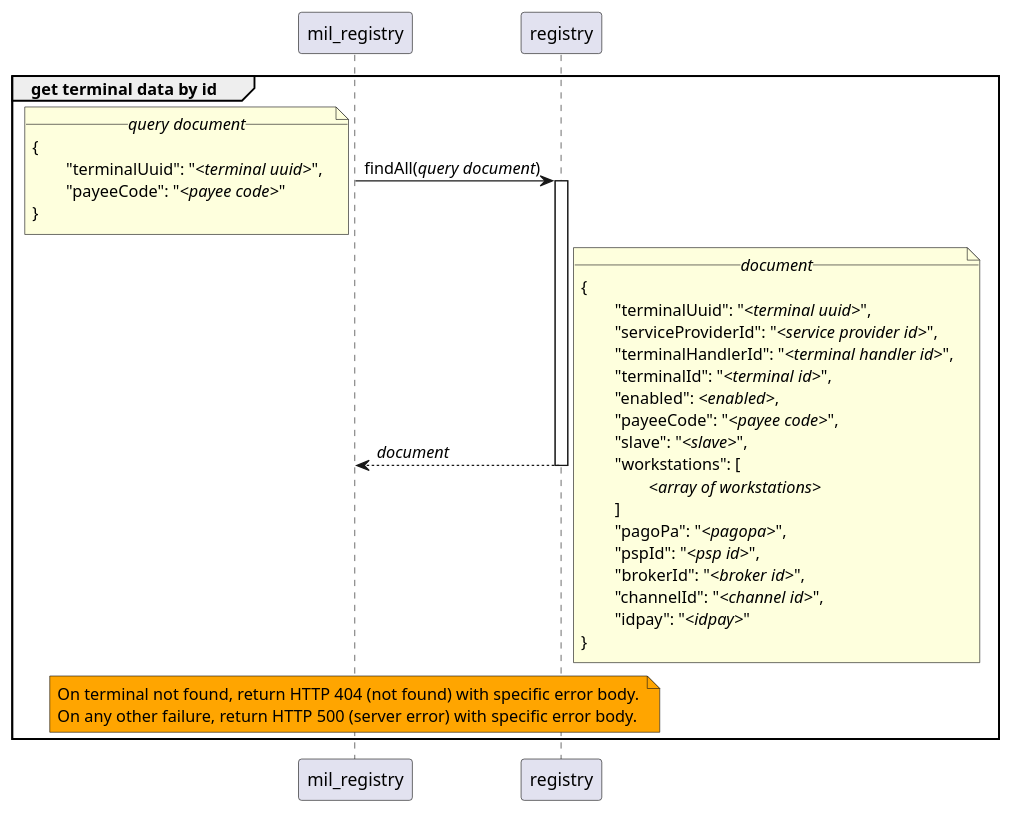
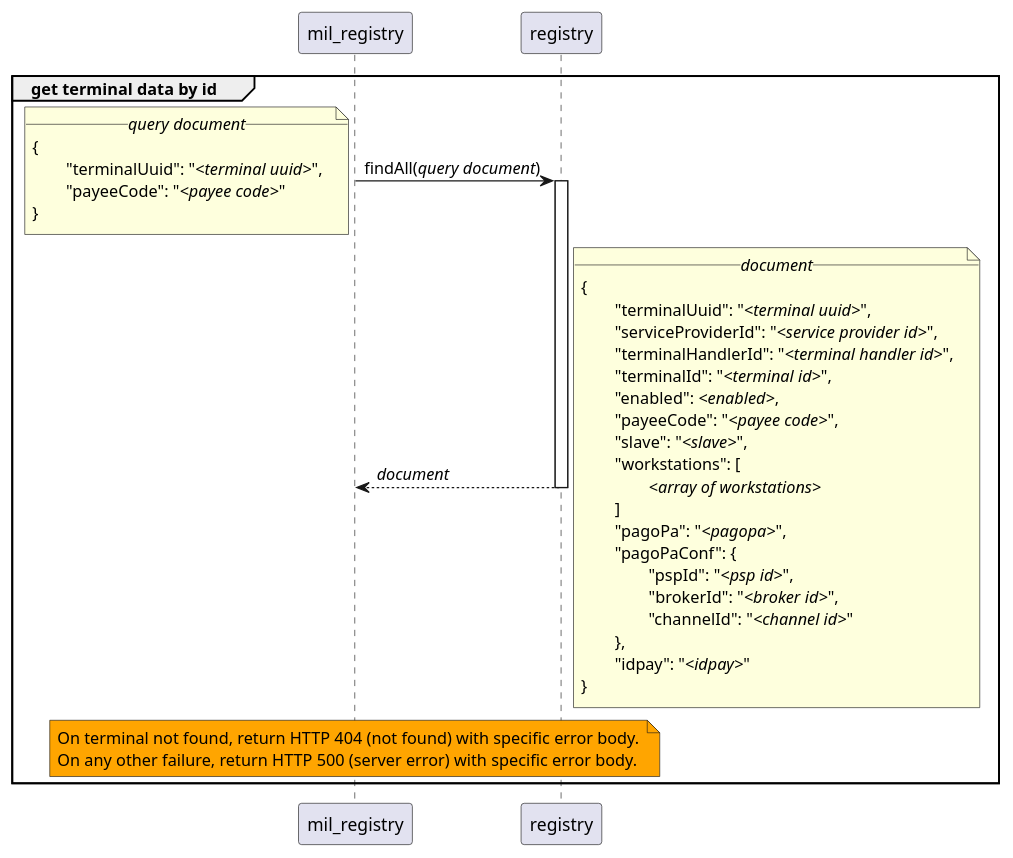
The diagram in sequence_diags/pagoPA/pos_management/get_terminal_data_by_id_for_pa.puml (pagopa/mil-diags), drawn with PlantUML before and after one commit. The commit also changed 19 other files, not shown here.

```diff
--- a/sequence_diags/pagoPA/pos_management/get_terminal_data_by_id_for_pa.puml
+++ b/sequence_diags/pagoPA/pos_management/get_terminal_data_by_id_for_pa.puml
@@ -1,37 +1,39 @@
 group get terminal data by id
 	mil_registry -> registry ++ : findAll(//query document//)
 		note left
 			__//query document//__
 			{
 				"terminalUuid": "//<terminal uuid>//",
 				"payeeCode": "//<payee code>//"
 			}
 		end note
 
 	registry --> mil_registry -- : //document//
 		note right
 			__//document//__
 			{
 				"terminalUuid": "//<terminal uuid>//",
 				"serviceProviderId": "//<service provider id>//",
 				"terminalHandlerId": "//<terminal handler id>//",
 				"terminalId": "//<terminal id>//",
 				"enabled": //<enabled>//,
 				"payeeCode": "//<payee code>//",
 				"slave": "//<slave>//",
 				"workstations": [
 					//<array of workstations>//
 				]
 				"pagoPa": "//<pagopa>//",
-				"pspId": "//<psp id>//",
-				"brokerId": "//<broker id>//",
-				"channelId": "//<channel id>//",
+				"pagoPaConf": {
+					"pspId": "//<psp id>//",
+					"brokerId": "//<broker id>//",
+					"channelId": "//<channel id>//"
+				},
 				"idpay": "//<idpay>//"
 			}
 		end note
 	
     note over mil_registry #Orange
 	    On terminal not found, return HTTP 404 (not found) with specific error body.
 	    On any other failure, return HTTP 500 (server error) with specific error body. 
     end note
 end
```
